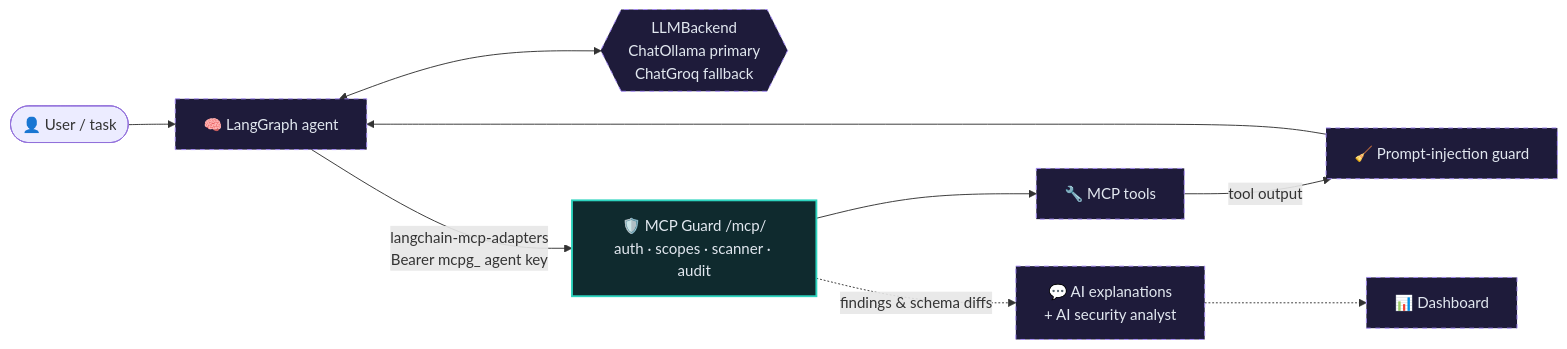
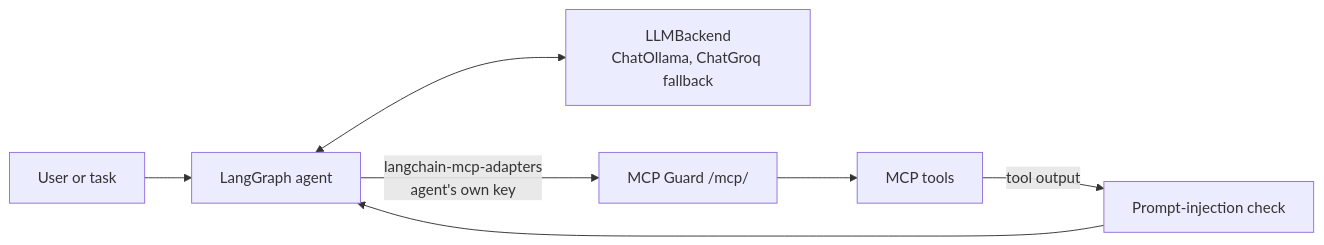
The third of 3 diagrams in README.md (aneek22112007-tech/mcp-a2a-secure), drawn with Mermaid before and after one commit. The commit also changed other lines of this file and 1 other file, not shown here.

Commit message:
docs: simplify README tone, remove roadmap and emojis

````diff
--- a/README.md
+++ b/README.md
@@ -313,16 +149,9 @@
 ```mermaid
 flowchart LR
-    U(["👤 User / task"]) --> AG["🧠 LangGraph agent"]
-    AG <--> LLM{{"LLMBackend<br/>ChatOllama primary<br/>ChatGroq fallback"}}
-    AG -->|"langchain-mcp-adapters<br/>Bearer mcpg_ agent key"| MG["🛡️ MCP Guard /mcp/<br/>auth · scopes · scanner · audit"]
-    MG --> T["🔧 MCP tools"]
-    T -->|"tool output"| PI["🧹 Prompt-injection guard"]
+    U["User or task"] --> AG["LangGraph agent"]
+    AG <--> LLM["LLMBackend<br/>ChatOllama, ChatGroq fallback"]
+    AG -->|"langchain-mcp-adapters<br/>agent's own key"| MG["MCP Guard /mcp/"]
+    MG --> T["MCP tools"]
+    T -->|"tool output"| PI["Prompt-injection check"]
     PI --> AG
-    MG -.->|"findings & schema diffs"| EX["💬 AI explanations<br/>+ AI security analyst"]
-    EX -.-> D["📊 Dashboard"]
-
-    classDef planned fill:#1e1b3a,stroke:#a78bfa,color:#e2e8f0,stroke-dasharray:5 5
-    classDef guard fill:#0f2a2e,stroke:#2dd4bf,color:#e2e8f0,stroke-width:2px
-    class AG,LLM,PI,EX,D,T planned
-    class MG guard
 ```
````
